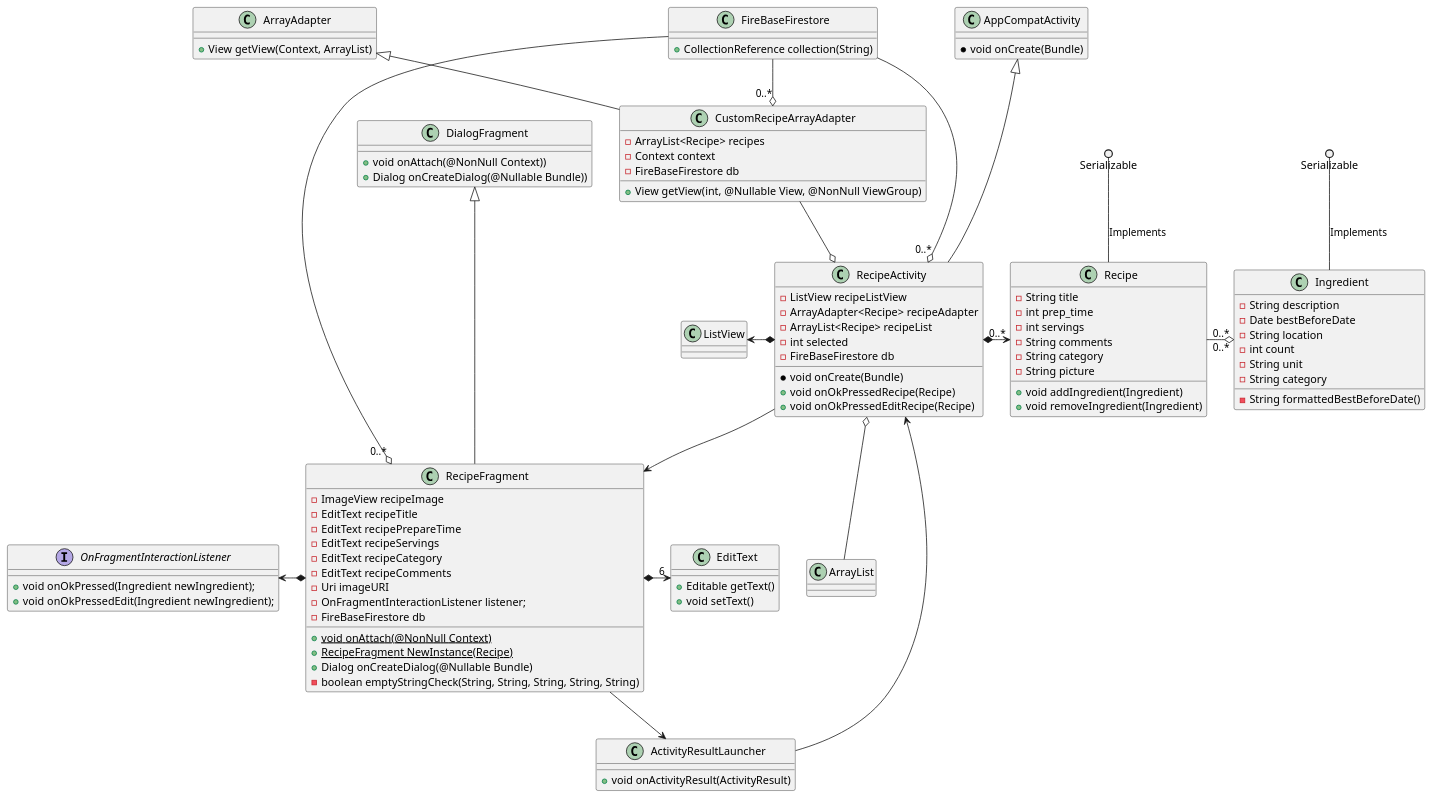
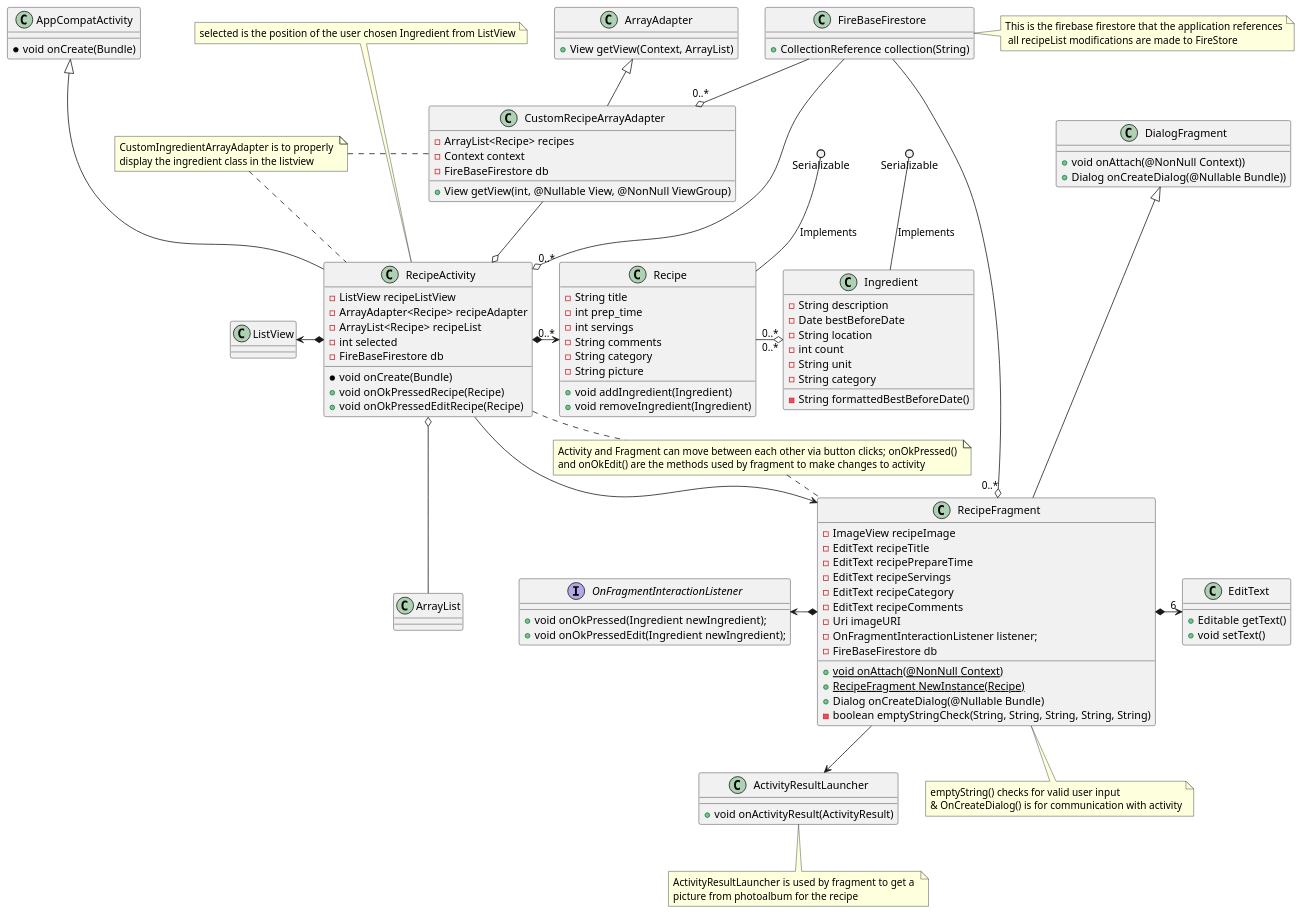
The diagram in doc/RecipeUML.puml (CMPUT301F22T31/FoodCart), drawn with PlantUML before and after one commit. The commit also changed 5 other files, not shown here.

Commit message:
Final touchups on UML diagrams

```diff
--- a/doc/RecipeUML.puml
+++ b/doc/RecipeUML.puml
@@ -1,116 +1,142 @@
 @startuml
 'https://plantuml.com/class-diagram
 
 class ArrayAdapter {
 +View getView(Context, ArrayList)
 }
 
 class EditText {
 +Editable getText()
 +void setText()
 }
 
 class Ingredient {
 -String description
 -Date bestBeforeDate
 -String location
 -int count
 -String unit
 -String category
 
 -String formattedBestBeforeDate()
 }
 
 class FireBaseFirestore {
 +CollectionReference collection(String)
 }
 
 class ActivityResultLauncher {
     +void onActivityResult(ActivityResult)
 }
 
 class Recipe {
 -String title
 -int prep_time
 -int servings
 -String comments
 -String category
 -String picture
 
 +void addIngredient(Ingredient)
 +void removeIngredient(Ingredient)
 }
 
 class AppCompatActivity {
 *void onCreate(Bundle)
 }
 
 class RecipeActivity {
 -ListView recipeListView
 -ArrayAdapter<Recipe> recipeAdapter
 -ArrayList<Recipe> recipeList
 -int selected
 -FireBaseFirestore db
 
 *void onCreate(Bundle)
 +void onOkPressedRecipe(Recipe)
 +void onOkPressedEditRecipe(Recipe)
 }
 
 class DialogFragment {
 +void onAttach(@NonNull Context))
 +Dialog onCreateDialog(@Nullable Bundle))
 }
 
 class RecipeFragment {
 -ImageView recipeImage
 -EditText recipeTitle
 -EditText recipePrepareTime
 -EditText recipeServings
 -EditText recipeCategory
 -EditText recipeComments
 -Uri imageURI
 -OnFragmentInteractionListener listener;
 -FireBaseFirestore db
 
 + {static} void onAttach(@NonNull Context)
 + {static} RecipeFragment NewInstance(Recipe)
 + Dialog onCreateDialog(@Nullable Bundle)
 - boolean emptyStringCheck(String, String, String, String, String)
 }
 
 interface OnFragmentInteractionListener {
 +void onOkPressed(Ingredient newIngredient);
 +void onOkPressedEdit(Ingredient newIngredient);
 }
 
 class CustomRecipeArrayAdapter extends ArrayAdapter {
 - ArrayList<Recipe> recipes
 - Context context
 - FireBaseFirestore db
 
 + View getView(int, @Nullable View, @NonNull ViewGroup)
 }
 
 Serializable ()-- Recipe : Implements
 Serializable ()-- Ingredient : Implements
 Recipe "0..*" -o "0..*" Ingredient
 
 RecipeActivity *-> "0..*" Recipe
 ListView <-* RecipeActivity
 CustomRecipeArrayAdapter --o RecipeActivity
 FireBaseFirestore --o "0..*" RecipeActivity
 RecipeActivity o-- ArrayList
 AppCompatActivity <|--- RecipeActivity
 DialogFragment <|--- RecipeFragment
 
 RecipeFragment *-> "6" EditText
 OnFragmentInteractionListener <-* RecipeFragment
 FireBaseFirestore --o "0..*" RecipeFragment
 FireBaseFirestore --o "0..*" CustomRecipeArrayAdapter
 
 RecipeActivity --> RecipeFragment
 RecipeFragment --> ActivityResultLauncher
-ActivityResultLauncher --> RecipeActivity
+
+
+note "Activity and Fragment can move between each other via button clicks; onOkPressed() \nand onOkEdit() are the methods used by fragment to make changes to activity" as N1
+note "CustomIngredientArrayAdapter is to properly \ndisplay the ingredient class in the listview" as IActivity2
+note "selected is the position of the user chosen Ingredient from ListView" as IActivity3
+note "This is the firebase firestore that the application references\n all recipeList modifications are made to FireStore" as FireBase
+note "emptyString() checks for valid user input \n& OnCreateDialog() is for communication with activity" as error
+note "ActivityResultLauncher is used by fragment to get a \npicture from photoalbum for the recipe" as Lancher
+
+N1 . RecipeFragment
+RecipeActivity . N1
+
+IActivity2 . CustomRecipeArrayAdapter
+IActivity2 .. RecipeActivity
+
+IActivity3 ... RecipeActivity
+
+FireBaseFirestore . FireBase
+
+RecipeFragment .. error
+
+ActivityResultLauncher .. Lancher
+
+
+
+
+
 
 @enduml
```
